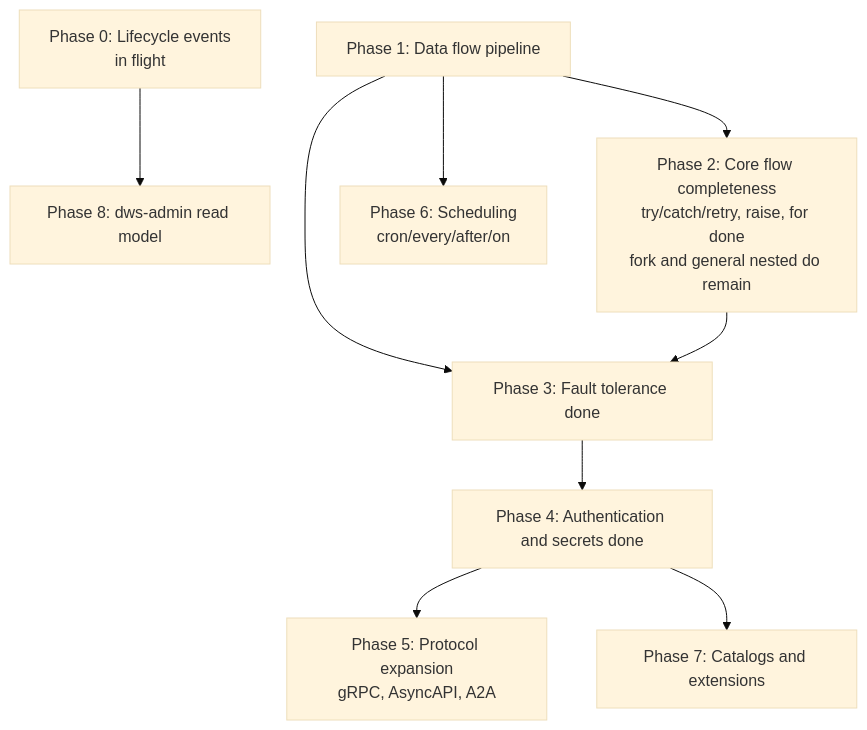
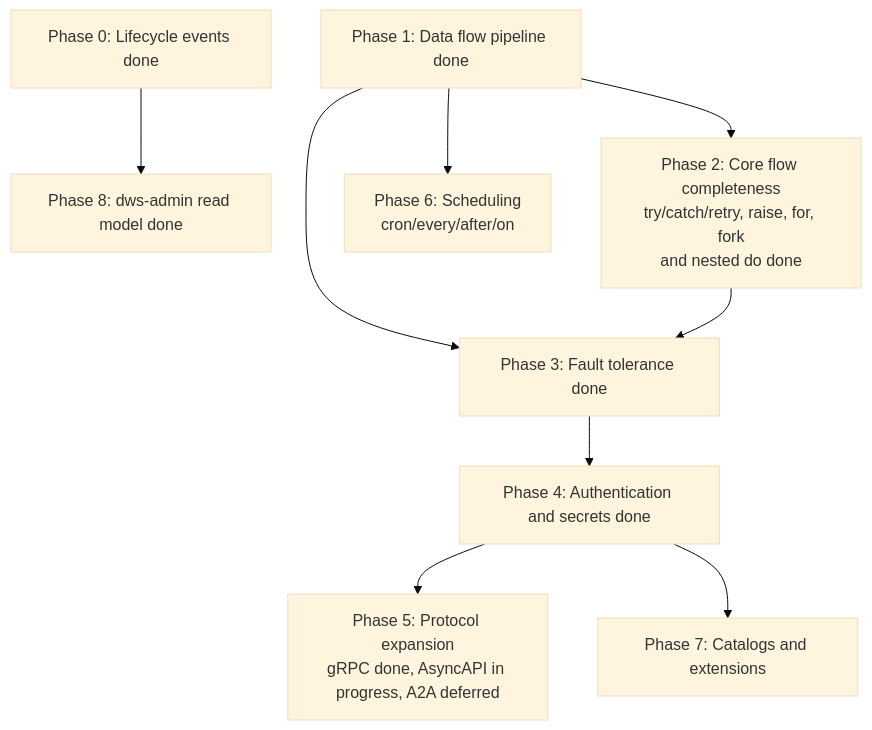
Before and after one commit to tonylibs/dapr-workflow-spec: the diagram in openwiki/architecture/roadmap.md, drawn with Mermaid (base theme). The commit also changed other lines of this file and 3 other files, not shown here.

````diff
--- a/openwiki/architecture/roadmap.md
+++ b/openwiki/architecture/roadmap.md
@@ -56,11 +58,11 @@
 ```mermaid
 flowchart TD
-  P0[Phase 0: Lifecycle events<br/>in flight] --> P8[Phase 8: dws-admin read model]
-  P1[Phase 1: Data flow pipeline] --> P2[Phase 2: Core flow completeness<br/>try/catch/retry, raise, for done<br/>fork and general nested do remain]
+  P0[Phase 0: Lifecycle events done] --> P8[Phase 8: dws-admin read model done]
+  P1[Phase 1: Data flow pipeline done] --> P2[Phase 2: Core flow completeness<br/>try/catch/retry, raise, for, fork<br/>and nested do done]
   P1 --> P3[Phase 3: Fault tolerance done]
   P2 --> P3
   P3 --> P4[Phase 4: Authentication and secrets done]
-  P4 --> P5[Phase 5: Protocol expansion<br/>gRPC, AsyncAPI, A2A]
+  P4 --> P5[Phase 5: Protocol expansion<br/>gRPC done, AsyncAPI in progress, A2A deferred]
   P1 --> P6[Phase 6: Scheduling<br/>cron/every/after/on]
   P4 --> P7[Phase 7: Catalogs and extensions]
 ```
````
